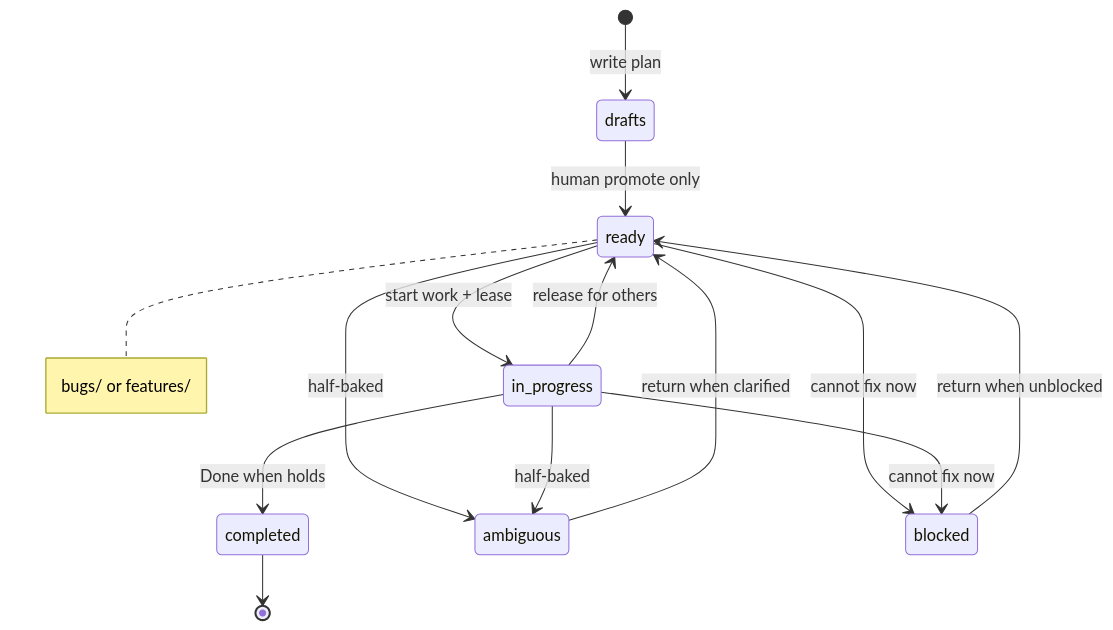
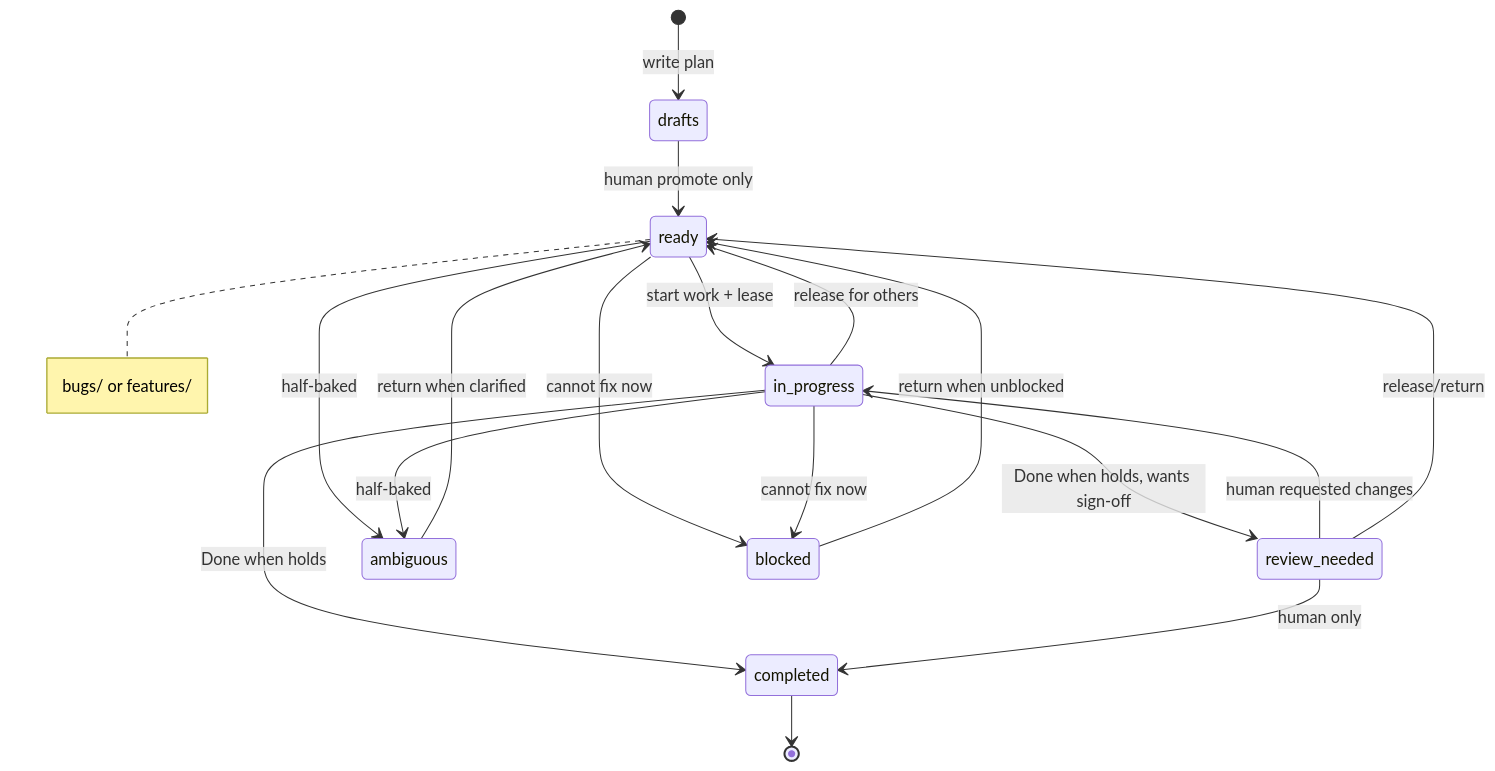
The first of 2 diagrams in docs/docs/skills/work.md (carefreeinv/anchor), drawn with Mermaid before and after one commit. The commit also changed other lines of this file and 13 other files, not shown here.

First line of the commit message:
Add review-needed lane for human sign-off before completion

````diff
--- a/docs/docs/skills/work.md
+++ b/docs/docs/skills/work.md
@@ -46,19 +47,23 @@
 ```mermaid
 stateDiagram-v2
   [*] --> drafts: write plan
   drafts --> ready: human promote only
   ready --> in_progress: start work + lease
   in_progress --> completed: Done when holds
+  in_progress --> review_needed: Done when holds, wants sign-off
+  review_needed --> completed: human only
+  review_needed --> in_progress: human requested changes
+  review_needed --> ready: release/return
   ready --> ambiguous: half-baked
   ready --> blocked: cannot fix now
   in_progress --> ambiguous: half-baked
   in_progress --> blocked: cannot fix now
   in_progress --> ready: release for others
   ambiguous --> ready: return when clarified
   blocked --> ready: return when unblocked
   completed --> [*]
 
   note right of ready
     bugs/ or features/
   end note
 ```
````
